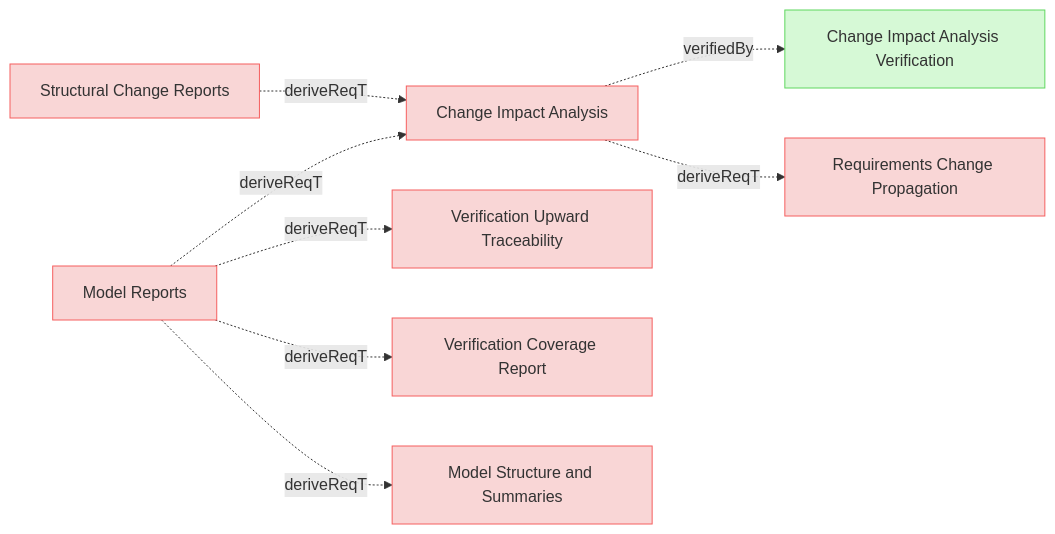
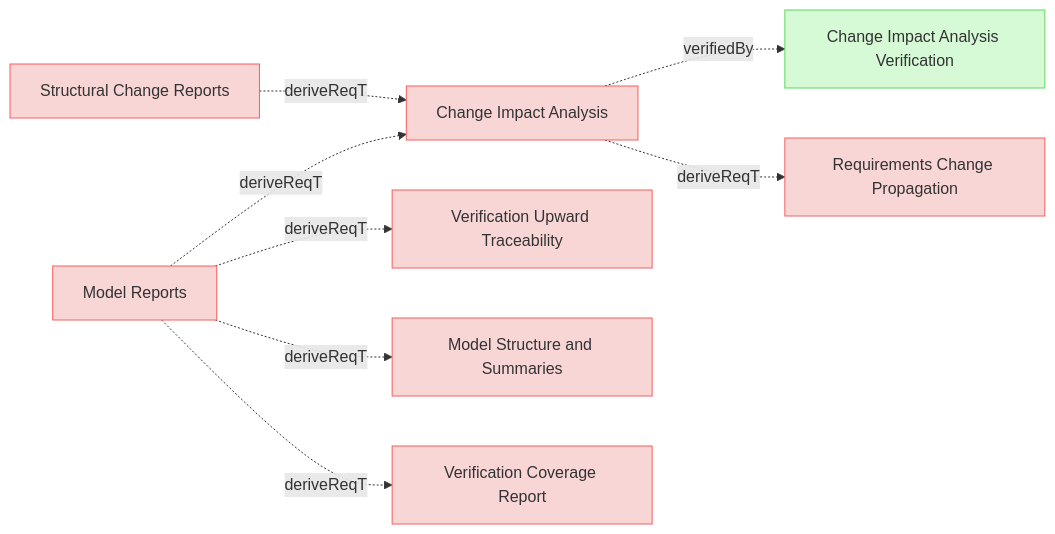
One commit to reqvire-org/reqvire changed the eighth of 9 diagrams in specifications/UserRequirements.md. Above: the diagram before and after it, drawn with Mermaid. The commit also changed other lines of this file and 81 other files, not shown here.

````diff
--- a/specifications/UserRequirements.md
+++ b/specifications/UserRequirements.md
@@ -1061,41 +1061,41 @@
 ```mermaid
 graph LR;
   %% REQVIRE-AUTOGENERATED-DIAGRAM
   %% Graph styling
   classDef userRequirement fill:#f9d6d6,stroke:#f55f5f,stroke-width:1px;
   classDef systemRequirement fill:#fce4e4,stroke:#e68a8a,stroke-width:1px;
   classDef verification fill:#d6f9d6,stroke:#5fd75f,stroke-width:1px;
   classDef default fill:#f5f5f5,stroke:#333333,stroke-width:1px;
 
   9933cac5853a8584["Change Impact Analysis"];
   class 9933cac5853a8584 userRequirement;
   click 9933cac5853a8584 "UserRequirements.md#change-impact-analysis";
   b72d56e7e360fe6c["Change Impact Analysis Verification"];
   class b72d56e7e360fe6c verification;
   click b72d56e7e360fe6c "Verifications/ChangeImpactTests.md#change-impact-analysis-verification";
   9933cac5853a8584 -.->|verifiedBy| b72d56e7e360fe6c;
   2054606d7574a553["Requirements Change Propagation"];
   class 2054606d7574a553 userRequirement;
   click 2054606d7574a553 "SpecificationsRequirements.md#requirements-change-propagation";
   9933cac5853a8584 -.->|deriveReqT| 2054606d7574a553;
+  1908501a80db5c46["Structural Change Reports"];
+  class 1908501a80db5c46 userRequirement;
+  click 1908501a80db5c46 "UserRequirements.md#structural-change-reports";
+  1908501a80db5c46 -.->|deriveReqT| 9933cac5853a8584;
   70701096d332c0b2["Model Reports"];
   class 70701096d332c0b2 userRequirement;
   click 70701096d332c0b2 "UserRequirements.md#model-reports";
   7ceb6b9bed1a94e1["Verification Upward Traceability"];
   class 7ceb6b9bed1a94e1 userRequirement;
   click 7ceb6b9bed1a94e1 "UserRequirements.md#verification-upward-traceability";
   70701096d332c0b2 -.->|deriveReqT| 7ceb6b9bed1a94e1;
+  ad6f7a2d41d80a38["Model Structure and Summaries"];
+  class ad6f7a2d41d80a38 userRequirement;
+  click ad6f7a2d41d80a38 "UserRequirements.md#model-structure-and-summaries";
+  70701096d332c0b2 -.->|deriveReqT| ad6f7a2d41d80a38;
   f7a606aa79ba438["Verification Coverage Report"];
   class f7a606aa79ba438 userRequirement;
   click f7a606aa79ba438 "UserRequirements.md#verification-coverage-report";
   70701096d332c0b2 -.->|deriveReqT| f7a606aa79ba438;
   70701096d332c0b2 -.->|deriveReqT| 9933cac5853a8584;
-  ad6f7a2d41d80a38["Model Structure and Summaries"];
-  class ad6f7a2d41d80a38 userRequirement;
-  click ad6f7a2d41d80a38 "UserRequirements.md#model-structure-and-summaries";
-  70701096d332c0b2 -.->|deriveReqT| ad6f7a2d41d80a38;
-  1908501a80db5c46["Structural Change Reports"];
-  class 1908501a80db5c46 userRequirement;
-  click 1908501a80db5c46 "UserRequirements.md#structural-change-reports";
-  1908501a80db5c46 -.->|deriveReqT| 9933cac5853a8584;
 ```
````
